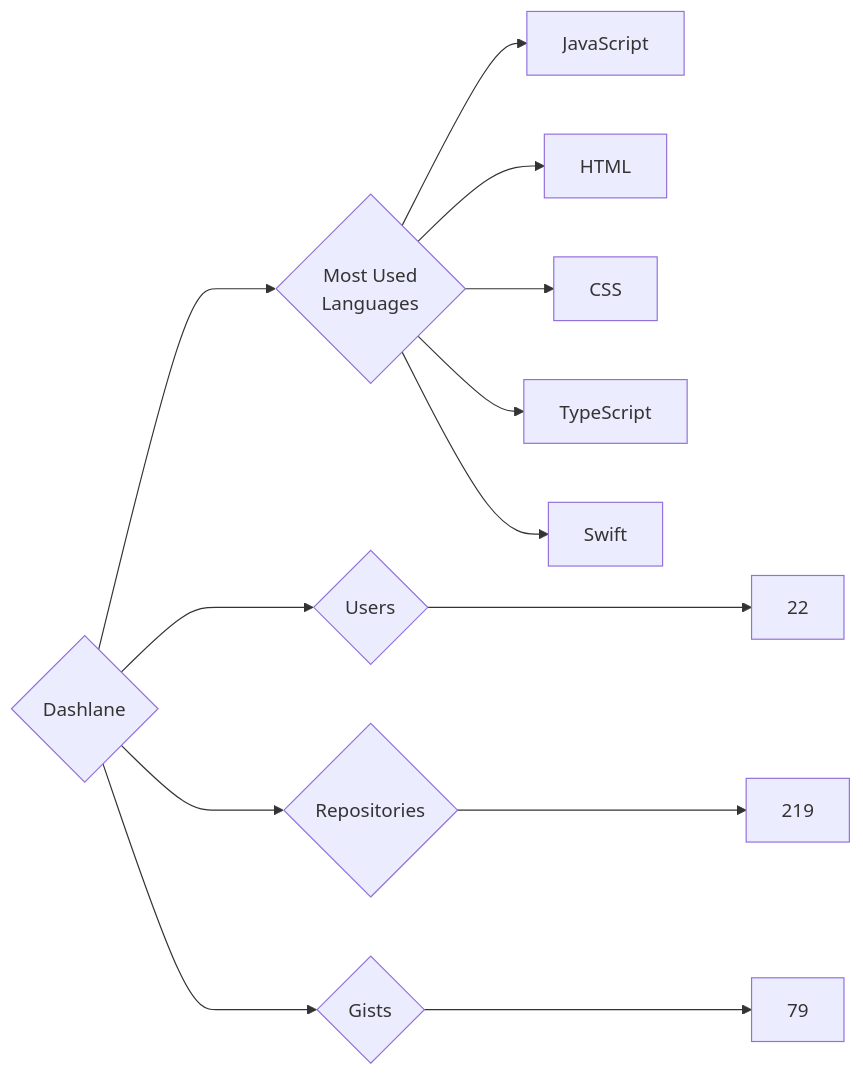
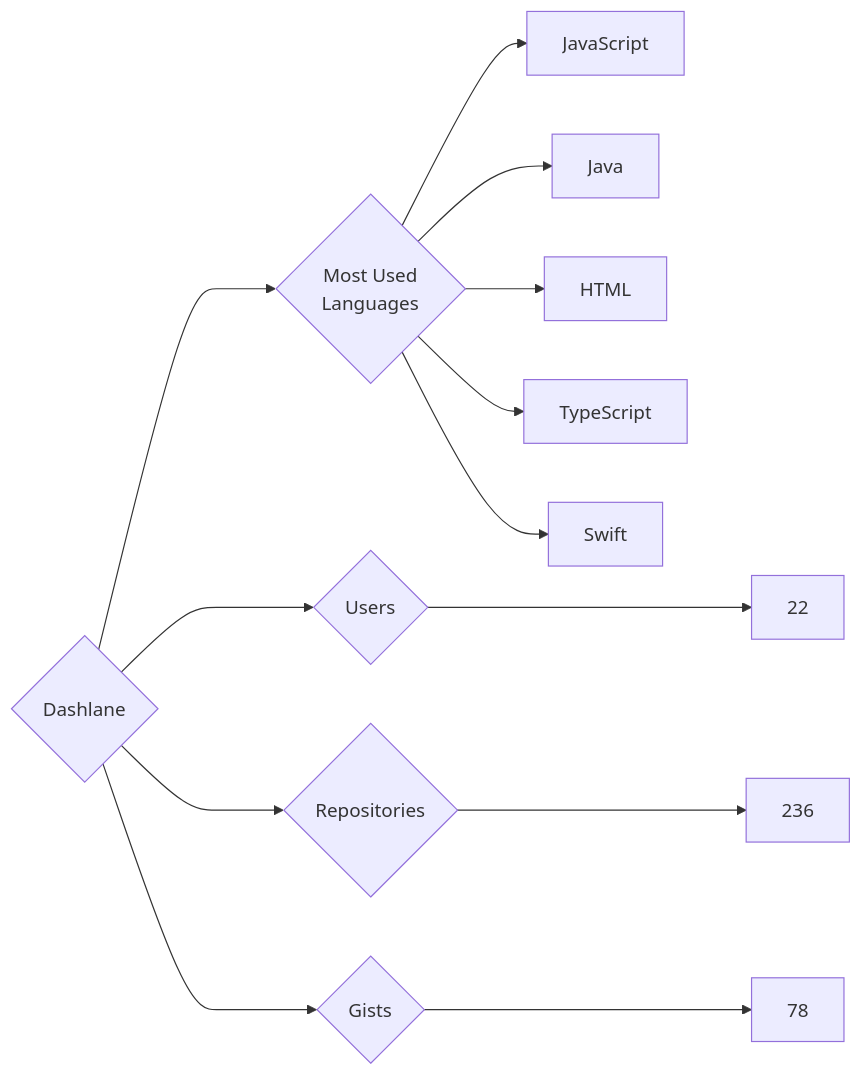
Before and after one commit to trickest/insiders: the diagram in targets/Dashlane/README.md, drawn with Mermaid. The commit also changed 699 other files, not shown here.

````diff
--- a/targets/Dashlane/README.md
+++ b/targets/Dashlane/README.md
@@ -3,13 +3,13 @@
 ```mermaid
 graph LR
 COMPANY_NAME{Dashlane}
 COMPANY_NAME ---> U{Users} ---> UN[22]
-COMPANY_NAME ---> R{Repositories} ---> RN[219]
-COMPANY_NAME ---> G{Gists} ---> GN[79]
+COMPANY_NAME ---> R{Repositories} ---> RN[236]
+COMPANY_NAME ---> G{Gists} ---> GN[78]
 COMPANY_NAME ---> ML{Most Used<br>Languages}
 ML --> JavaScript[JavaScript]
+ML --> Java[Java]
 ML --> HTML[HTML]
-ML --> CSS[CSS]
 ML --> TypeScript[TypeScript]
 ML --> Swift[Swift]
 ```
````
